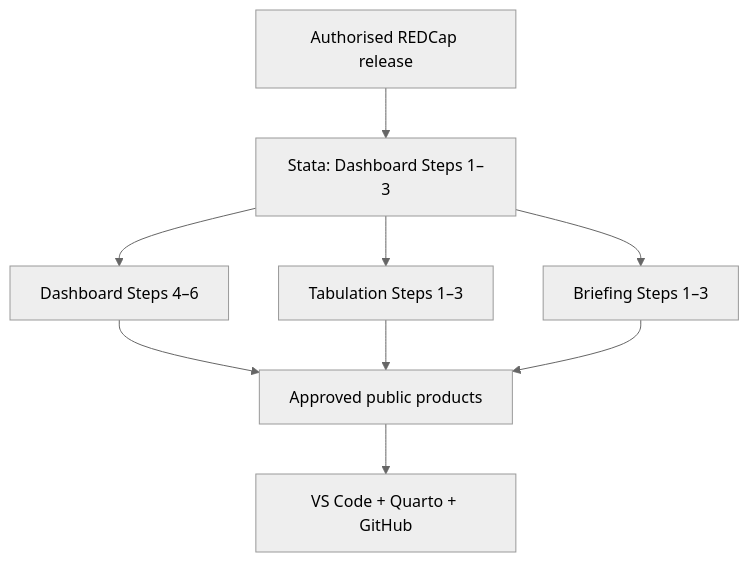
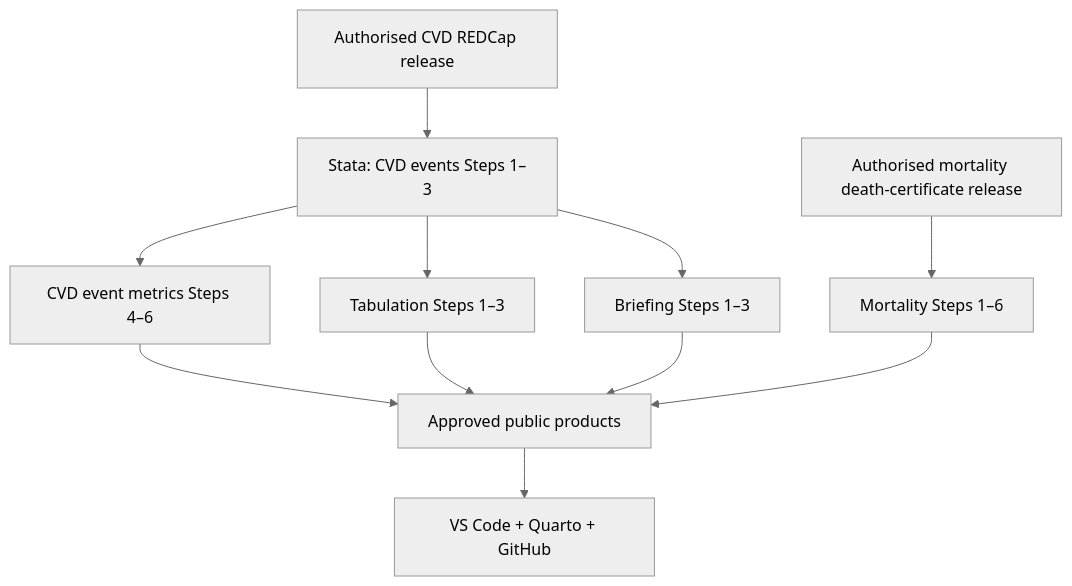
One commit to UWI-BNR/info-hub changed the diagram in site/operations/post-redcap/index.qmd. Above: the diagram before and after it, drawn with Mermaid (neutral theme). The commit also changed other lines of this file and 52 other files, not shown here.

Commit message:
Mortality dashboard + Help files completed

````diff
--- a/site/operations/post-redcap/index.qmd
+++ b/site/operations/post-redcap/index.qmd
@@ -28,11 +34,15 @@
 ```{mermaid}
 flowchart TD
-    A["Authorised REDCap release"] --> B["Stata: Dashboard Steps 1–3"]
-    B --> C["Dashboard Steps 4–6"]
+    A["Authorised CVD REDCap release"] --> B["Stata: CVD events Steps 1–3"]
+    B --> C["CVD event metrics Steps 4–6"]
     B --> D["Tabulation Steps 1–3"]
     B --> E["Briefing Steps 1–3"]
+
+    M["Authorised mortality death-certificate release"] --> N["Mortality Steps 1–6"]
+
     C --> F["Approved public products"]
     D --> F
     E --> F
+    N --> F
     F --> G["VS Code + Quarto + GitHub"]
 ```
````
